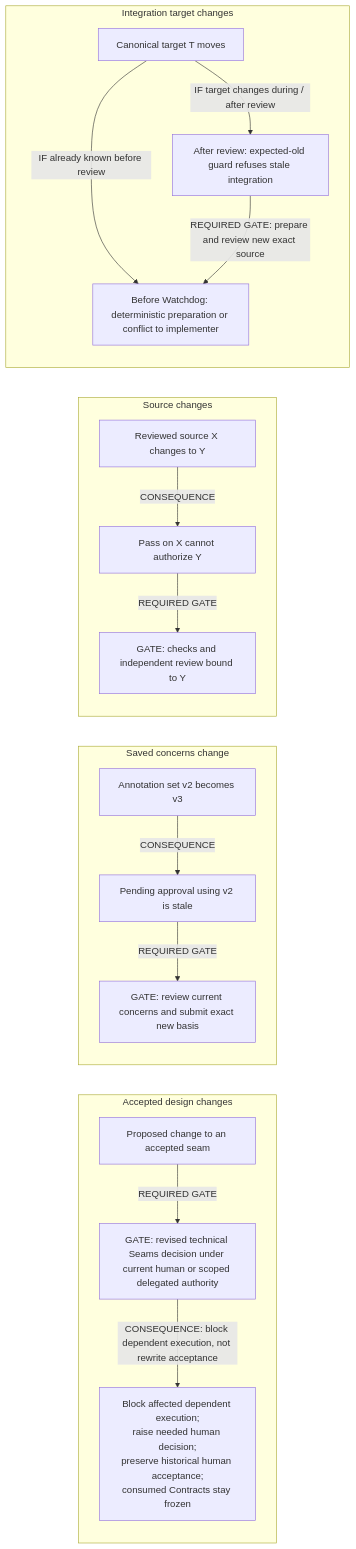
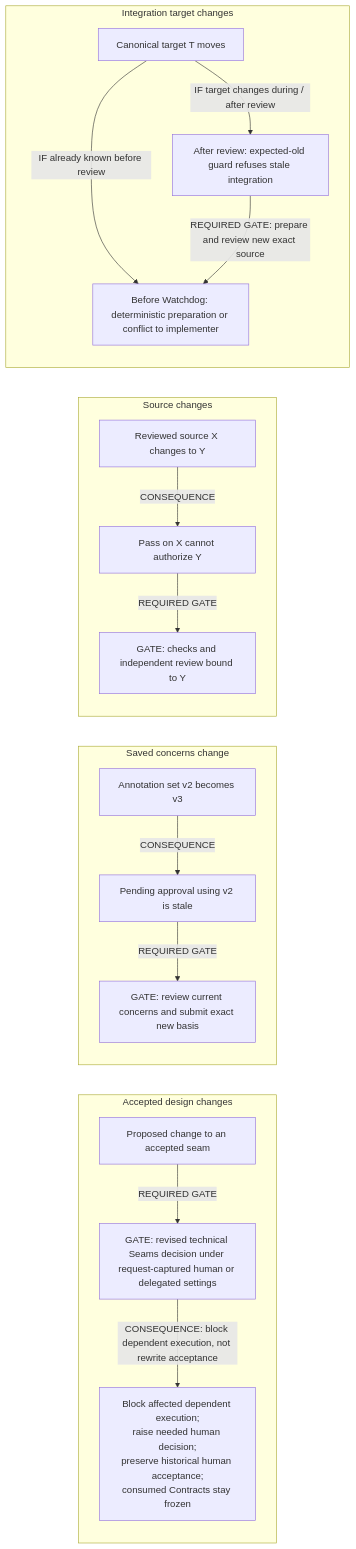
One commit to vicrdguez/render changed the ninth of 13 diagrams in docs/spec.md. Above: the diagram before and after it, drawn with Mermaid. The commit also changed other lines of this file and 1 other file, not shown here.

````diff
--- a/docs/spec.md
+++ b/docs/spec.md
@@ -916,32 +975,32 @@
 ```mermaid
 flowchart LR
     subgraph Design["Accepted design changes"]
         A["Proposed change to an accepted seam"]
-        B["GATE: revised technical Seams decision under current human or scoped delegated authority"]
+        B["GATE: revised technical Seams decision under request-captured human or delegated settings"]
         C["Block affected dependent execution;<br/>raise needed human decision;<br/>preserve historical human acceptance;<br/>consumed Contracts stay frozen"]
         A -->|"REQUIRED GATE"| B
         B -->|"CONSEQUENCE: block dependent execution, not rewrite acceptance"| C
     end
     subgraph Annotation["Saved concerns change"]
         D["Annotation set v2 becomes v3"]
         E["Pending approval using v2 is stale"]
         F["GATE: review current concerns and submit exact new basis"]
         D -->|"CONSEQUENCE"| E
         E -->|"REQUIRED GATE"| F
     end
     subgraph Source["Source changes"]
         G["Reviewed source X changes to Y"]
         H["Pass on X cannot authorize Y"]
         I["GATE: checks and independent review bound to Y"]
         G -->|"CONSEQUENCE"| H
         H -->|"REQUIRED GATE"| I
     end
     subgraph Target["Integration target changes"]
         J["Canonical target T moves"]
         K["Before Watchdog: deterministic preparation or conflict to implementer"]
         L["After review: expected-old guard refuses stale integration"]
         J -->|"IF already known before review"| K
         J -->|"IF target changes during / after review"| L
         L -->|"REQUIRED GATE: prepare and review new exact source"| K
     end
 ```
````
